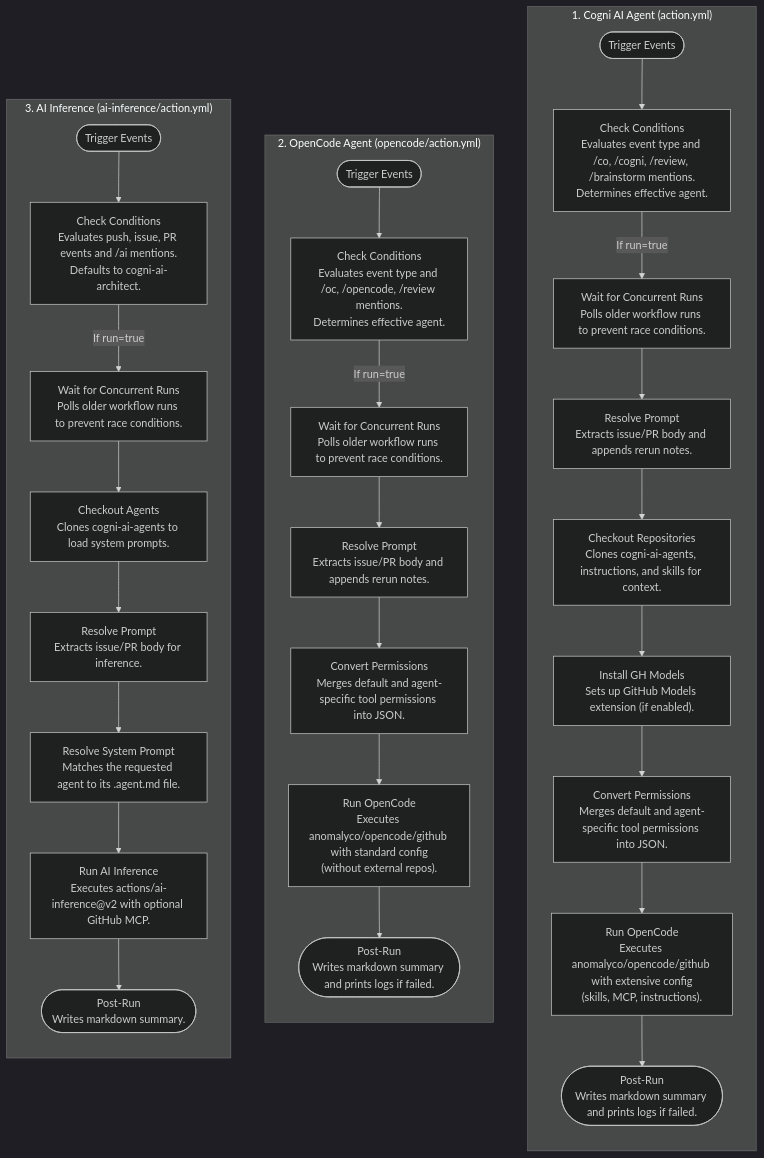
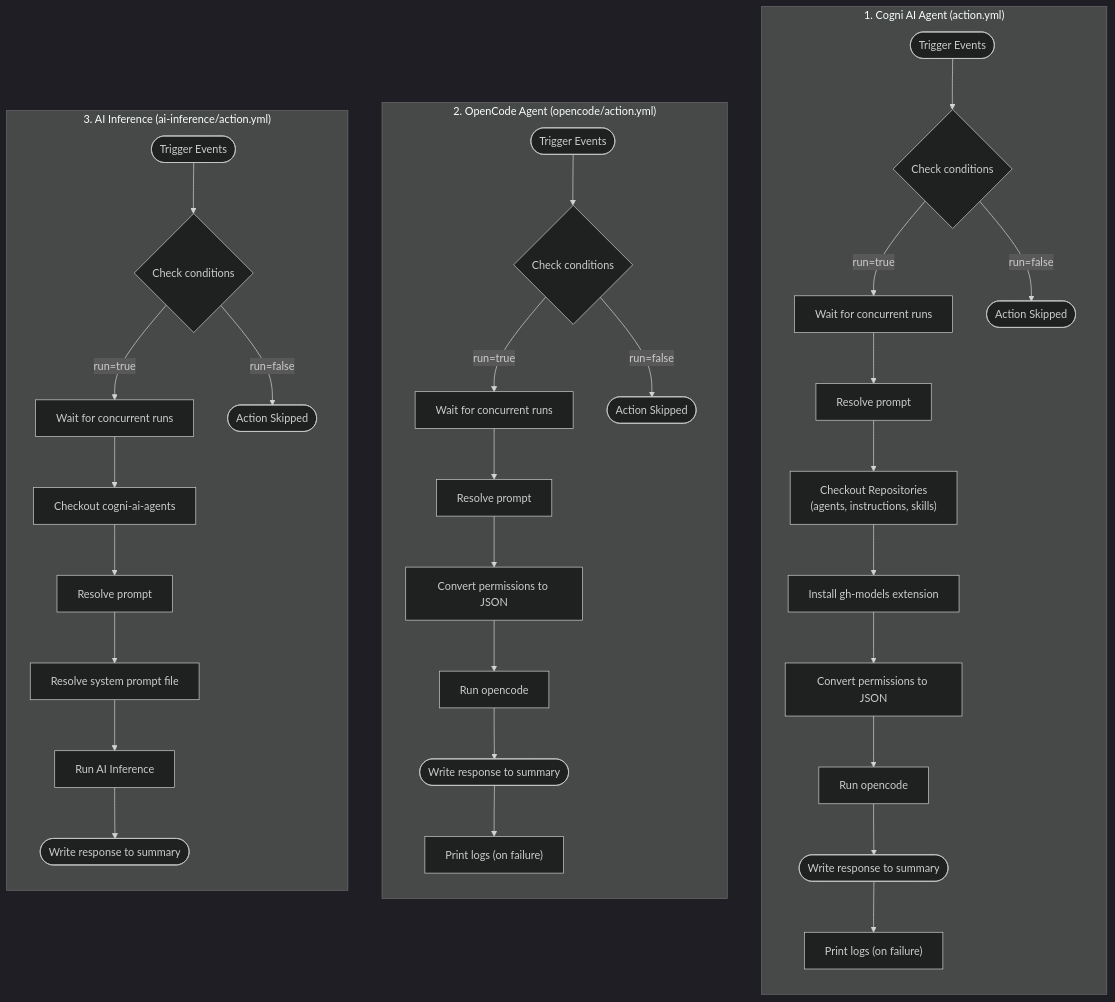
The diagram in FLOWS.mmd (Cogni-AI-OU/cogni-ai-agent-action), drawn with Mermaid (dark theme) before and after one commit.

Commit message:
Refactored FLOWS.mmd per PR review

```diff
--- a/FLOWS.mmd
+++ b/FLOWS.mmd
@@ -1,42 +1,52 @@
 flowchart TD
     %% --------------------------------------------------------
     %% 1. Cogni AI Agent (action.yml)
     %% --------------------------------------------------------
     subgraph Flow_Cogni_AI_Agent ["1. Cogni AI Agent (action.yml)"]
         direction TB
-        A1([Trigger Events]) --> A2["Check Conditions<br/>Evaluates event type and /co, /cogni, /review, /brainstorm mentions.<br/>Determines effective agent."]
-        A2 -->|If run=true| A3["Wait for Concurrent Runs<br/>Polls older workflow runs to prevent race conditions."]
-        A3 --> A4["Resolve Prompt<br/>Extracts issue/PR body and appends rerun notes."]
-        A4 --> A5["Checkout Repositories<br/>Clones cogni-ai-agents, instructions, and skills for context."]
-        A5 --> A6["Install GH Models<br/>Sets up GitHub Models extension (if enabled)."]
-        A6 --> A7["Convert Permissions<br/>Merges default and agent-specific tool permissions into JSON."]
-        A7 --> A8["Run OpenCode<br/>Executes anomalyco/opencode/github with extensive config<br/>(skills, MCP, instructions)."]
-        A8 --> A9(["Post-Run<br/>Writes markdown summary and prints logs if failed."])
+        A1([Trigger Events]) --> A2{Check conditions}
+        A2 -- "run=true" --> A3["Wait for concurrent runs"]
+        A2 -- "run=false" --> A_EndSkip([Action Skipped])
+        
+        A3 --> A4["Resolve prompt"]
+        A4 --> A5["Checkout Repositories<br/>(agents, instructions, skills)"]
+        A5 --> A6["Install gh-models extension"]
+        A6 --> A7["Convert permissions to JSON"]
+        A7 --> A8["Run opencode"]
+        A8 --> A9(["Write response to summary"])
+        
+        A9 --> A10["Print logs (on failure)"]
     end
 
     %% --------------------------------------------------------
     %% 2. OpenCode Agent (opencode/action.yml)
     %% --------------------------------------------------------
     subgraph Flow_OpenCode_Agent ["2. OpenCode Agent (opencode/action.yml)"]
         direction TB
-        O1([Trigger Events]) --> O2["Check Conditions<br/>Evaluates event type and /oc, /opencode, /review mentions.<br/>Determines effective agent."]
-        O2 -->|If run=true| O3["Wait for Concurrent Runs<br/>Polls older workflow runs to prevent race conditions."]
-        O3 --> O4["Resolve Prompt<br/>Extracts issue/PR body and appends rerun notes."]
-        O4 --> O5["Convert Permissions<br/>Merges default and agent-specific tool permissions into JSON."]
-        O5 --> O6["Run OpenCode<br/>Executes anomalyco/opencode/github with standard config<br/>(without external repos)."]
-        O6 --> O7(["Post-Run<br/>Writes markdown summary and prints logs if failed."])
+        O1([Trigger Events]) --> O2{Check conditions}
+        O2 -- "run=true" --> O3["Wait for concurrent runs"]
+        O2 -- "run=false" --> O_EndSkip([Action Skipped])
+        
+        O3 --> O4["Resolve prompt"]
+        O4 --> O5["Convert permissions to JSON"]
+        O5 --> O6["Run opencode"]
+        O6 --> O7(["Write response to summary"])
+        
+        O7 --> O8["Print logs (on failure)"]
     end
 
     %% --------------------------------------------------------
     %% 3. AI Inference (ai-inference/action.yml)
     %% --------------------------------------------------------
     subgraph Flow_AI_Inference ["3. AI Inference (ai-inference/action.yml)"]
         direction TB
-        I1([Trigger Events]) --> I2["Check Conditions<br/>Evaluates push, issue, PR events and /ai mentions.<br/>Defaults to cogni-ai-architect."]
-        I2 -->|If run=true| I3["Wait for Concurrent Runs<br/>Polls older workflow runs to prevent race conditions."]
-        I3 --> I4["Checkout Agents<br/>Clones cogni-ai-agents to load system prompts."]
-        I4 --> I5["Resolve Prompt<br/>Extracts issue/PR body for inference."]
-        I5 --> I6["Resolve System Prompt<br/>Matches the requested agent to its .agent.md file."]
-        I6 --> I7["Run AI Inference<br/>Executes actions/ai-inference@v2 with optional GitHub MCP."]
-        I7 --> I8(["Post-Run<br/>Writes markdown summary."])
+        I1([Trigger Events]) --> I2{Check conditions}
+        I2 -- "run=true" --> I3["Wait for concurrent runs"]
+        I2 -- "run=false" --> I_EndSkip([Action Skipped])
+        
+        I3 --> I4["Checkout cogni-ai-agents"]
+        I4 --> I5["Resolve prompt"]
+        I5 --> I6["Resolve system prompt file"]
+        I6 --> I7["Run AI Inference"]
+        I7 --> I8(["Write response to summary"])
     end
```
